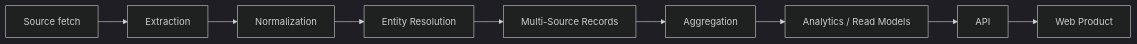
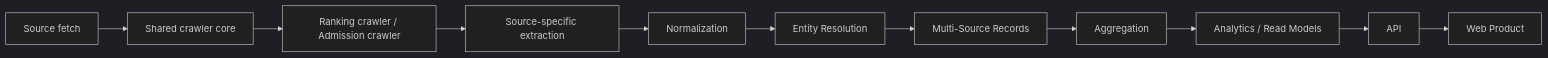
One commit to heinricitorgau/CrawlerNest changed the second of 9 diagrams in docs/SYSTEM_ENGINE_ARCHITECTURE.md. Above: the diagram before and after it, drawn with Mermaid (dark theme). The commit also changed other lines of this file and 1 other file, not shown here.

````diff
--- a/docs/SYSTEM_ENGINE_ARCHITECTURE.md
+++ b/docs/SYSTEM_ENGINE_ARCHITECTURE.md
@@ -80,11 +91,13 @@
 ```mermaid
 flowchart LR
-    A["Source fetch"] --> B["Extraction"]
-    B --> C["Normalization"]
-    C --> D["Entity Resolution"]
-    D --> E["Multi-Source Records"]
-    E --> F["Aggregation"]
-    F --> G["Analytics / Read Models"]
-    G --> H["API"]
-    H --> I["Web Product"]
+    A["Source fetch"] --> B["Shared crawler core"]
+    B --> C["Ranking crawler / Admission crawler"]
+    C --> D["Source-specific extraction"]
+    D --> E["Normalization"]
+    E --> F["Entity Resolution"]
+    F --> G["Multi-Source Records"]
+    G --> H["Aggregation"]
+    H --> I["Analytics / Read Models"]
+    I --> J["API"]
+    J --> K["Web Product"]
 ```
````
